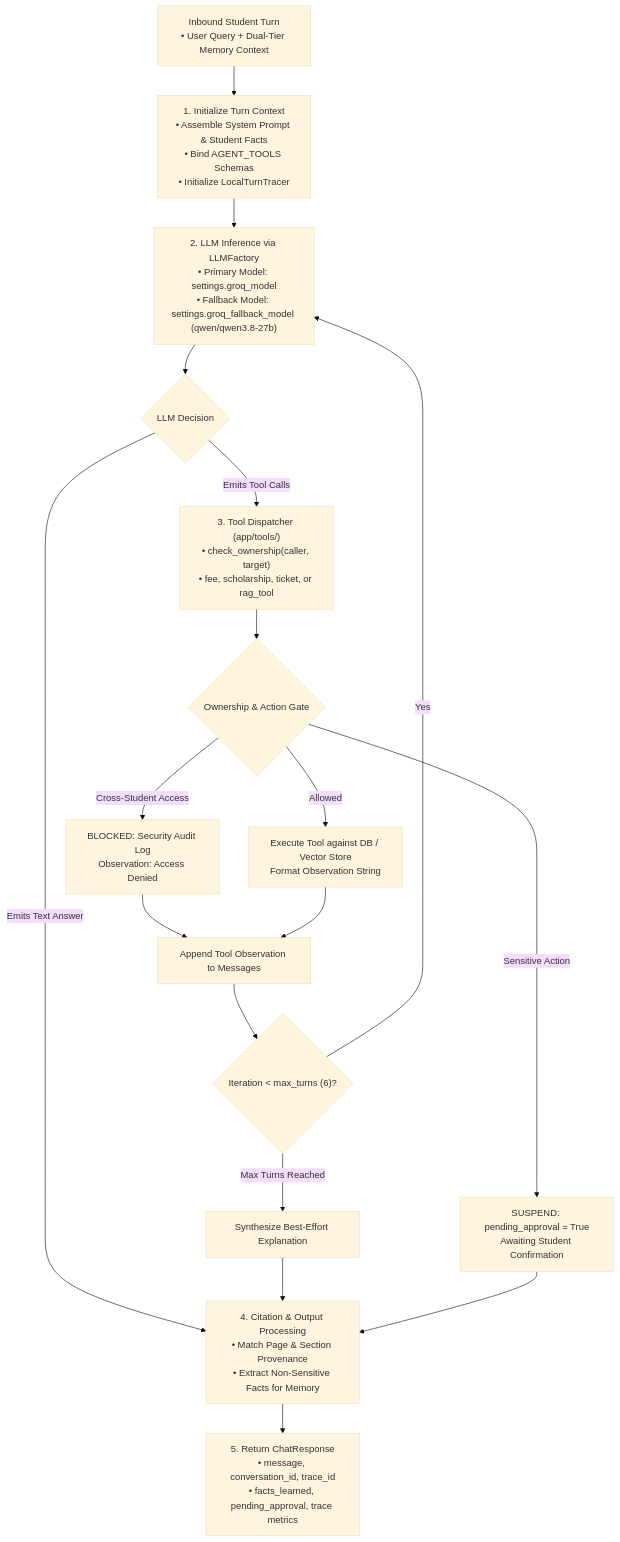
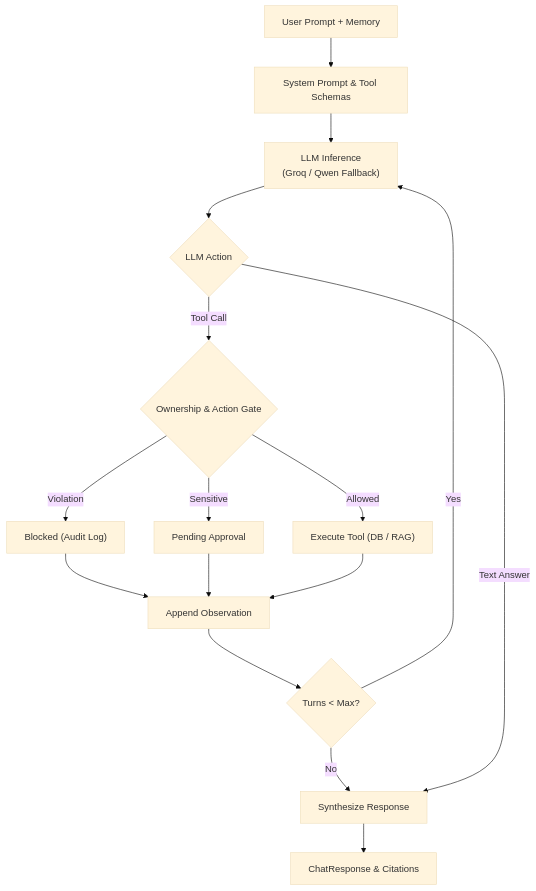
The diagram in Intelligent_Student_Support_Agent/app/agent/README.md (nakul-cloud/Intelligent_Student_Support_Agent), drawn with Mermaid (base theme) before and after one commit. The commit also changed 28 other files, not shown here.

Commit message:
feat: add Intelligent Student Support Agent backend with RAG and chat controllers

````diff
--- a/Intelligent_Student_Support_Agent/app/agent/README.md
+++ b/Intelligent_Student_Support_Agent/app/agent/README.md
@@ -9,26 +9,23 @@
 ```mermaid
 flowchart TD
-    Start["Inbound Student Turn<br/>• User Query + Dual-Tier Memory Context"] --> Init["1. Initialize Turn Context<br/>• Assemble System Prompt & Student Facts<br/>• Bind AGENT_TOOLS Schemas<br/>• Initialize LocalTurnTracer"]
-    Init --> Infer["2. LLM Inference via LLMFactory<br/>• Primary Model: settings.groq_model<br/>• Fallback Model: settings.groq_fallback_model (qwen/qwen3.8-27b)"]
+    Start["User Prompt + Memory"] --> Context["System Prompt & Tool Schemas"]
+    Context --> LLM["LLM Inference<br/>(Groq / Qwen Fallback)"]
 
-    Infer --> Decision{"LLM Decision"}
+    LLM --> Action{"LLM Action"}
 
-    Decision -- "Emits Tool Calls" --> Dispatch["3. Tool Dispatcher (app/tools/)<br/>• check_ownership(caller, target)<br/>• fee, scholarship, ticket, or rag_tool"]
-    
-    Dispatch --> Gate{"Ownership & Action Gate"}
-    Gate -- "Cross-Student Access" --> Block["BLOCKED: Security Audit Log<br/>Observation: Access Denied"]
-    Gate -- "Sensitive Action" --> Suspend["SUSPEND: pending_approval = True<br/>Awaiting Student Confirmation"]
-    Gate -- "Allowed" --> ExecTool["Execute Tool against DB / Vector Store<br/>Format Observation String"]
+    Action -- "Tool Call" --> Gate{"Ownership & Action Gate"}
+    Gate -- "Violation" --> Block["Blocked (Audit Log)"]
+    Gate -- "Sensitive" --> Suspend["Pending Approval"]
+    Gate -- "Allowed" --> Exec["Execute Tool (DB / RAG)"]
 
-    Block --> ContextUpdate["Append Tool Observation to Messages"]
-    ExecTool --> ContextUpdate
-    ContextUpdate --> LoopGuard{"Iteration < max_turns (6)?"}
-    LoopGuard -- "Yes" --> Infer
-    LoopGuard -- "Max Turns Reached" --> FinalFallback["Synthesize Best-Effort Explanation"]
+    Block --> Next["Append Observation"]
+    Suspend --> Next
+    Exec --> Next
 
-    Decision -- "Emits Text Answer" --> Citations["4. Citation & Output Processing<br/>• Match Page & Section Provenance<br/>• Extract Non-Sensitive Facts for Memory"]
-    FinalFallback --> Citations
-    Suspend --> Citations
+    Next --> Check{"Turns < Max?"}
+    Check -- "Yes" --> LLM
+    Check -- "No" --> Finalize["Synthesize Response"]
 
-    Citations --> Result["5. Return ChatResponse<br/>• message, conversation_id, trace_id<br/>• facts_learned, pending_approval, trace metrics"]
+    Action -- "Text Answer" --> Finalize
+    Finalize --> Response["ChatResponse & Citations"]
 ```
````
